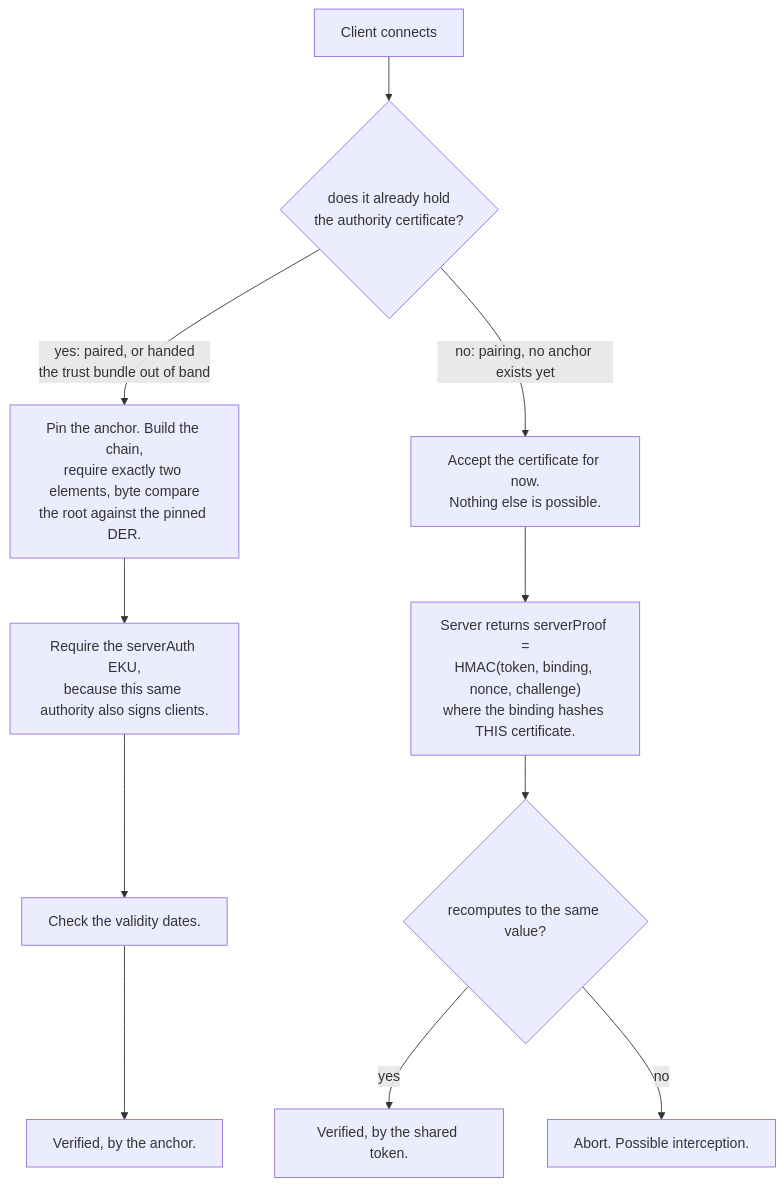
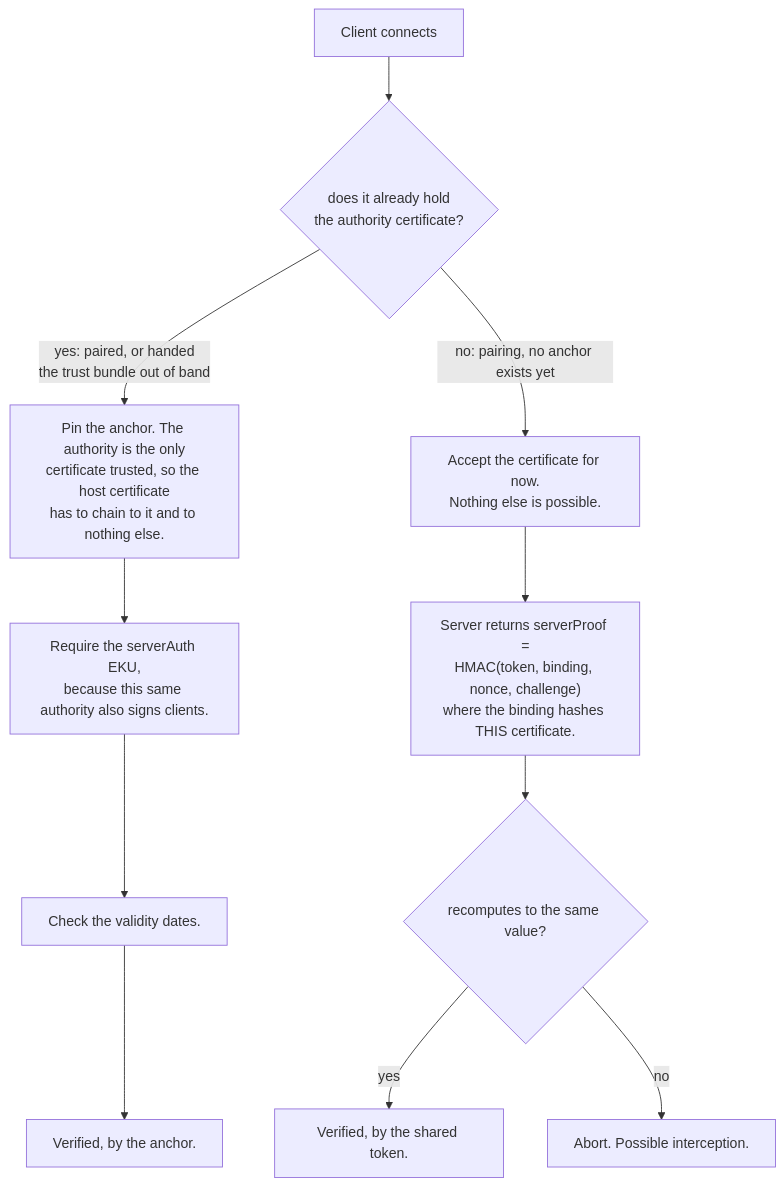
Before and after one commit to mfrnd/KeePassGate: the third of 5 diagrams in PAIRING.md, drawn with Mermaid. The commit also changed other lines of this file and 1 other file, not shown here.

First line of the commit message:
Place each certificate check on the side that makes it

````diff
--- a/PAIRING.md
+++ b/PAIRING.md
@@ -236,13 +240,13 @@
 ```mermaid
 flowchart TD
     A["Client connects"] --> B{"does it already hold<br/>the authority certificate?"}
-    B -- "yes: paired, or handed<br/>the trust bundle out of band" --> C["Pin the anchor. Build the chain,<br/>require exactly two elements, byte compare<br/>the root against the pinned DER."]
+    B -- "yes: paired, or handed<br/>the trust bundle out of band" --> C["Pin the anchor. The authority is the only<br/>certificate trusted, so the host certificate<br/>has to chain to it and to nothing else."]
     C --> D["Require the serverAuth EKU,<br/>because this same authority also signs clients."]
     D --> E["Check the validity dates."]
     E --> G["Verified, by the anchor."]
     B -- "no: pairing, no anchor exists yet" --> H["Accept the certificate for now.<br/>Nothing else is possible."]
     H --> I["Server returns serverProof =<br/>HMAC(token, binding, nonce, challenge)<br/>where the binding hashes THIS certificate."]
     I --> J{"recomputes to the same value?"}
     J -- yes --> K["Verified, by the shared token."]
     J -- no --> L["Abort. Possible interception."]
 ```
````
